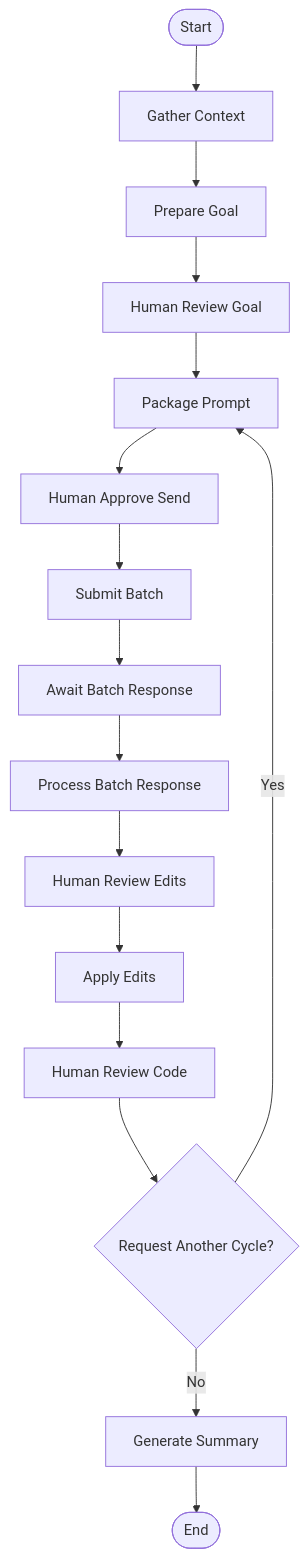
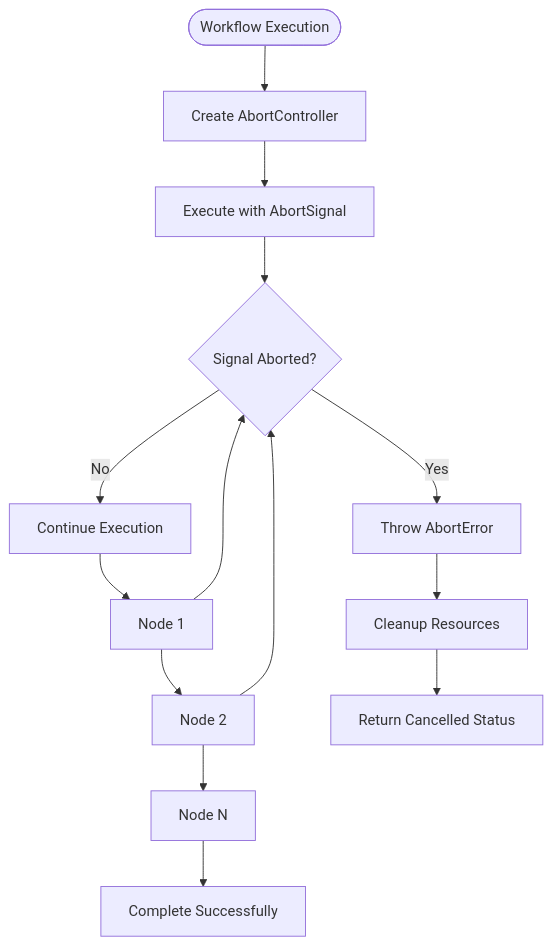
The fifth of 7 diagrams in .qoder/repowiki/en/content/Core Features/Human-in-the-Loop Workflow.md (bramburn/repomix-runner), drawn with Mermaid before and after one commit. The commit also changed other lines of this file and 27 other files, not shown here.

````diff
--- a/.qoder/repowiki/en/content/Core Features/Human-in-the-Loop Workflow.md
+++ b/.qoder/repowiki/en/content/Core Features/Human-in-the-Loop Workflow.md
@@ -212,18 +418,16 @@
 ```mermaid
 flowchart TD
-Start(["Start"]) --> Gather["Gather Context"]
-Gather --> Goal["Prepare Goal"]
-Goal --> ReviewGoal["Human Review Goal"]
-ReviewGoal --> Package["Package Prompt"]
-Package --> ApproveSend["Human Approve Send"]
-ApproveSend --> Submit["Submit Batch"]
-Submit --> Await["Await Batch Response"]
-Await --> Process["Process Batch Response"]
-Process --> ReviewEdits["Human Review Edits"]
-ReviewEdits --> Apply["Apply Edits"]
-Apply --> ReviewCode["Human Review Code"]
-ReviewCode --> Decision{"Request Another Cycle?"}
-Decision --> |Yes| Package
-Decision --> |No| Summary["Generate Summary"]
-Summary --> End(["End"])
+Start(["Workflow Execution"]) --> CreateAbort["Create AbortController"]
+CreateAbort --> Execute["Execute with AbortSignal"]
+Execute --> CheckAbort{"Signal Aborted?"}
+CheckAbort --> |Yes| ThrowAbort["Throw AbortError"]
+CheckAbort --> |No| Continue["Continue Execution"]
+Continue --> Node1["Node 1"]
+Node1 --> CheckAbort
+Node1 --> Node2["Node 2"]
+Node2 --> CheckAbort
+Node2 --> NodeN["Node N"]
+NodeN --> Complete["Complete Successfully"]
+ThrowAbort --> Cleanup["Cleanup Resources"]
+Cleanup --> Return["Return Cancelled Status"]
 ```
````
